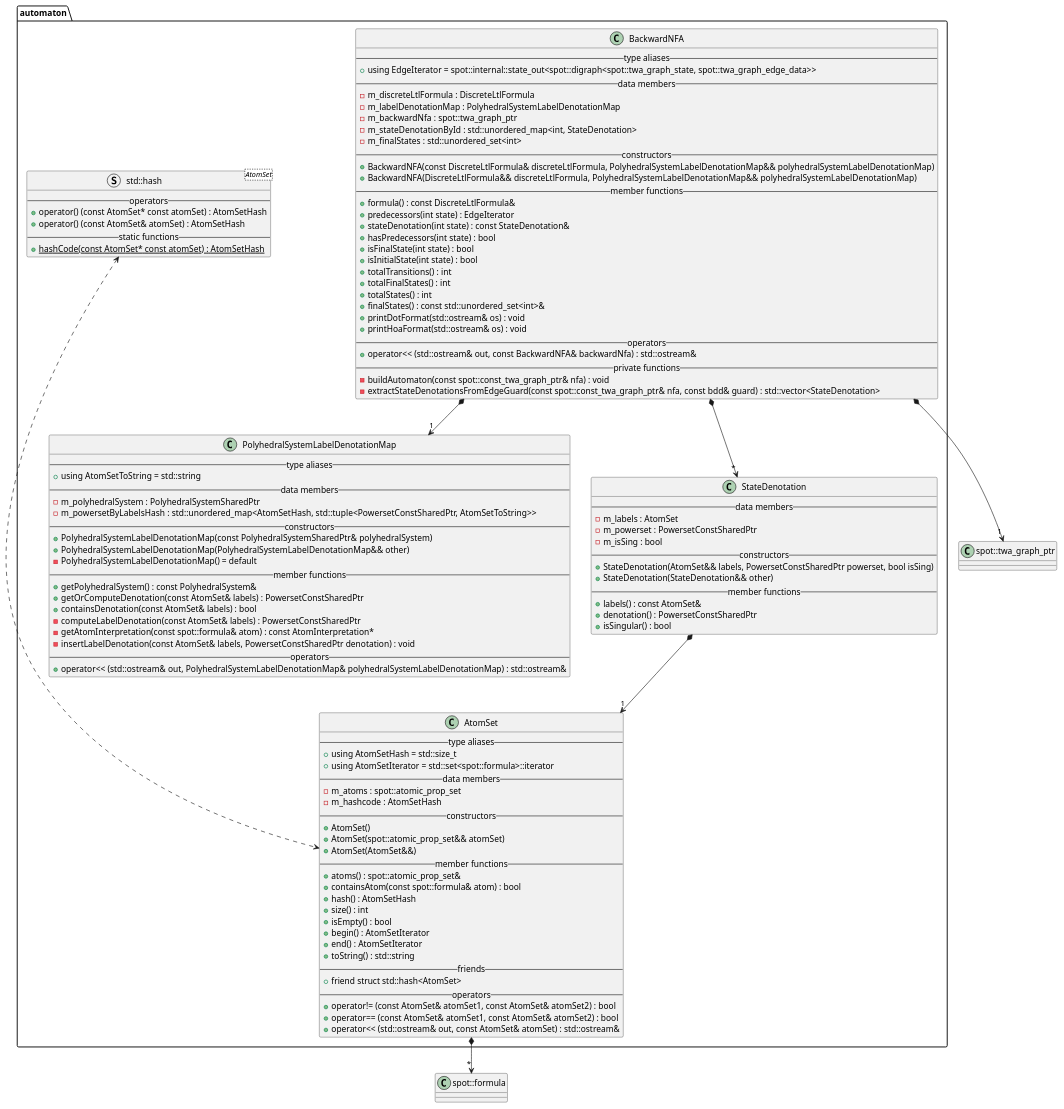
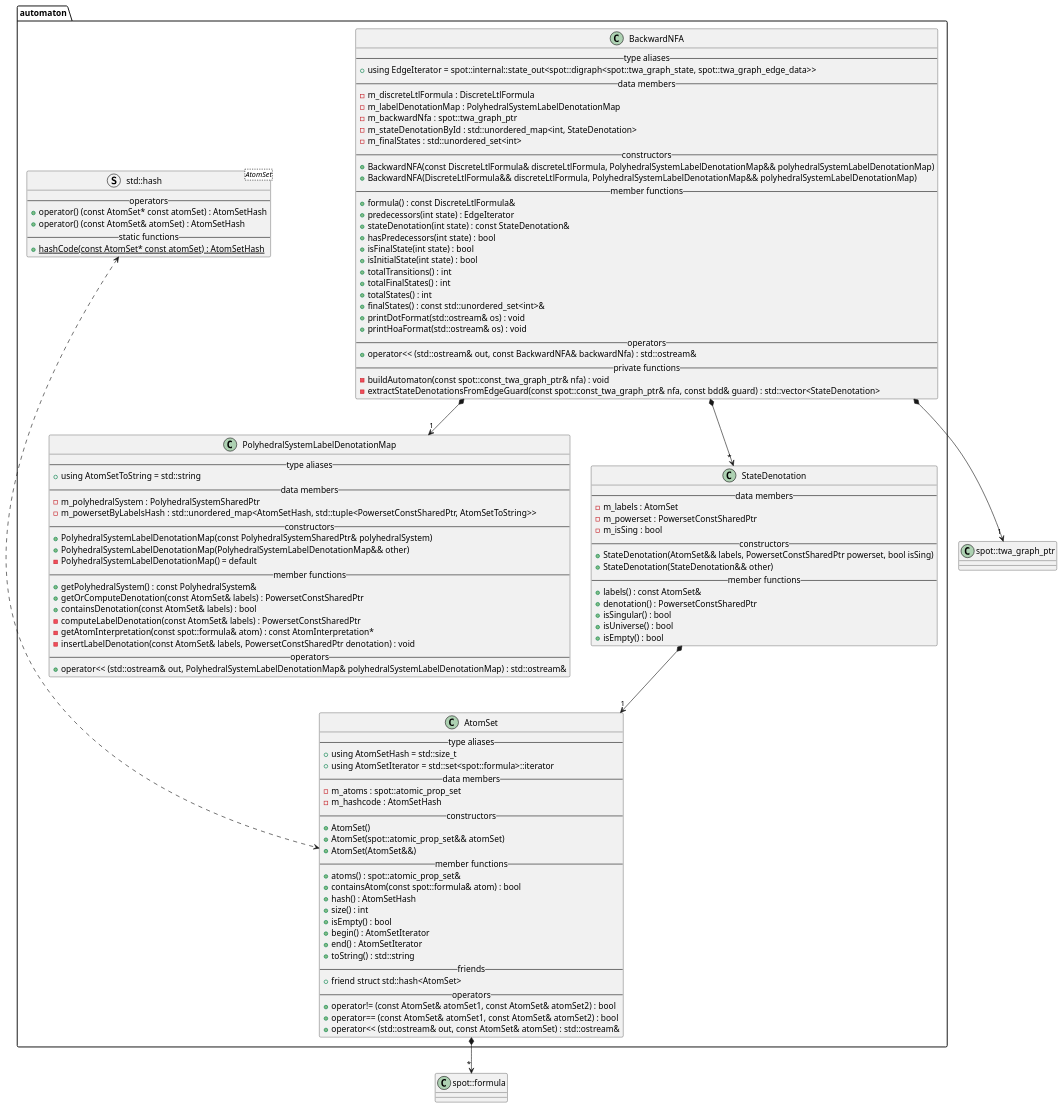
One commit to vtramo/rtl-mc changed the diagram in docs/plantuml/automaton.puml. Above: the diagram before and after it, drawn with PlantUML. The commit also changed 1 other file, not shown here.

Commit message:
feat: add isEmpty and isUniverse methods in StateDenotation

```diff
--- a/docs/plantuml/automaton.puml
+++ b/docs/plantuml/automaton.puml
@@ -1,118 +1,120 @@
 @startuml
 
 /' Objects '/
 package automaton {
     class AtomSet {
         --type aliases--
         +using AtomSetHash = std::size_t
         +using AtomSetIterator = std::set<spot::formula>::iterator
         --data members--
         -m_atoms : spot::atomic_prop_set
         -m_hashcode : AtomSetHash
         --constructors--
         +AtomSet()
         +AtomSet(spot::atomic_prop_set&& atomSet)
         +AtomSet(AtomSet&&)
         --member functions--
         +atoms() : spot::atomic_prop_set&
         +containsAtom(const spot::formula& atom) : bool
         +hash() : AtomSetHash
         +size() : int
         +isEmpty() : bool
         +begin() : AtomSetIterator
         +end() : AtomSetIterator
         +toString() : std::string
         --friends--
         +friend struct std::hash<AtomSet>
         --operators--
         +operator!= (const AtomSet& atomSet1, const AtomSet& atomSet2) : bool
         +operator== (const AtomSet& atomSet1, const AtomSet& atomSet2) : bool
         +operator<< (std::ostream& out, const AtomSet& atomSet) : std::ostream&
     }
 
     class BackwardNFA {
         --type aliases--
         +using EdgeIterator = spot::internal::state_out<spot::digraph<spot::twa_graph_state, spot::twa_graph_edge_data>>
         --data members--
         -m_discreteLtlFormula : DiscreteLtlFormula
         -m_labelDenotationMap : PolyhedralSystemLabelDenotationMap
         -m_backwardNfa : spot::twa_graph_ptr
         -m_stateDenotationById : std::unordered_map<int, StateDenotation>
         -m_finalStates : std::unordered_set<int>
         --constructors--
         +BackwardNFA(const DiscreteLtlFormula& discreteLtlFormula, PolyhedralSystemLabelDenotationMap&& polyhedralSystemLabelDenotationMap)
         +BackwardNFA(DiscreteLtlFormula&& discreteLtlFormula, PolyhedralSystemLabelDenotationMap&& polyhedralSystemLabelDenotationMap)
         --member functions--
         +formula() : const DiscreteLtlFormula&
         +predecessors(int state) : EdgeIterator
         +stateDenotation(int state) : const StateDenotation&
         +hasPredecessors(int state) : bool
         +isFinalState(int state) : bool
         +isInitialState(int state) : bool
         +totalTransitions() : int
         +totalFinalStates() : int
         +totalStates() : int
         +finalStates() : const std::unordered_set<int>&
         +printDotFormat(std::ostream& os) : void
         +printHoaFormat(std::ostream& os) : void
         --operators--
         +operator<< (std::ostream& out, const BackwardNFA& backwardNfa) : std::ostream&
         --private functions--
         -buildAutomaton(const spot::const_twa_graph_ptr& nfa) : void
         -extractStateDenotationsFromEdgeGuard(const spot::const_twa_graph_ptr& nfa, const bdd& guard) : std::vector<StateDenotation>
     }
 
     class PolyhedralSystemLabelDenotationMap {
         --type aliases--
         +using AtomSetToString = std::string
         --data members--
         -m_polyhedralSystem : PolyhedralSystemSharedPtr
         -m_powersetByLabelsHash : std::unordered_map<AtomSetHash, std::tuple<PowersetConstSharedPtr, AtomSetToString>>
         --constructors--
         +PolyhedralSystemLabelDenotationMap(const PolyhedralSystemSharedPtr& polyhedralSystem)
         +PolyhedralSystemLabelDenotationMap(PolyhedralSystemLabelDenotationMap&& other)
         -PolyhedralSystemLabelDenotationMap() = default
         --member functions--
         +getPolyhedralSystem() : const PolyhedralSystem&
         +getOrComputeDenotation(const AtomSet& labels) : PowersetConstSharedPtr
         +containsDenotation(const AtomSet& labels) : bool
         -computeLabelDenotation(const AtomSet& labels) : PowersetConstSharedPtr
         -getAtomInterpretation(const spot::formula& atom) : const AtomInterpretation*
         -insertLabelDenotation(const AtomSet& labels, PowersetConstSharedPtr denotation) : void
         --operators--
         +operator<< (std::ostream& out, PolyhedralSystemLabelDenotationMap& polyhedralSystemLabelDenotationMap) : std::ostream&
     }
 
     class StateDenotation {
         --data members--
         -m_labels : AtomSet
         -m_powerset : PowersetConstSharedPtr
         -m_isSing : bool
         --constructors--
         +StateDenotation(AtomSet&& labels, PowersetConstSharedPtr powerset, bool isSing)
         +StateDenotation(StateDenotation&& other)
         --member functions--
         +labels() : const AtomSet&
         +denotation() : PowersetConstSharedPtr
         +isSingular() : bool
+        +isUniverse() : bool
+        +isEmpty() : bool
     }
 
     struct std::hash<AtomSet> {
         --operators--
         +operator() (const AtomSet* const atomSet) : AtomSetHash
         +operator() (const AtomSet& atomSet) : AtomSetHash
         --static functions--
         +{static} hashCode(const AtomSet* const atomSet) : AtomSetHash
     }
 }
 
 class spot::twa_graph_ptr {}
 class spot::formula {}
 
 BackwardNFA *--> "1" spot::twa_graph_ptr
 BackwardNFA *--> "1" PolyhedralSystemLabelDenotationMap
 BackwardNFA *--> "*" StateDenotation
 StateDenotation *--> "1" AtomSet
 AtomSet *--> "*" spot::formula
 std::hash <...> AtomSet
 @enduml
```
